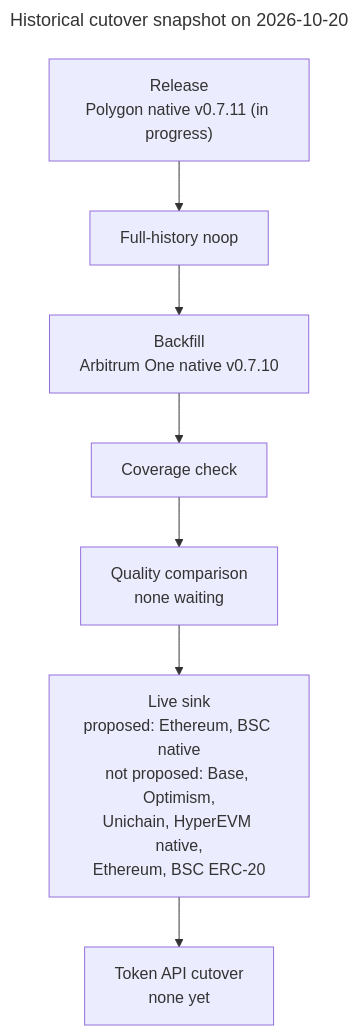
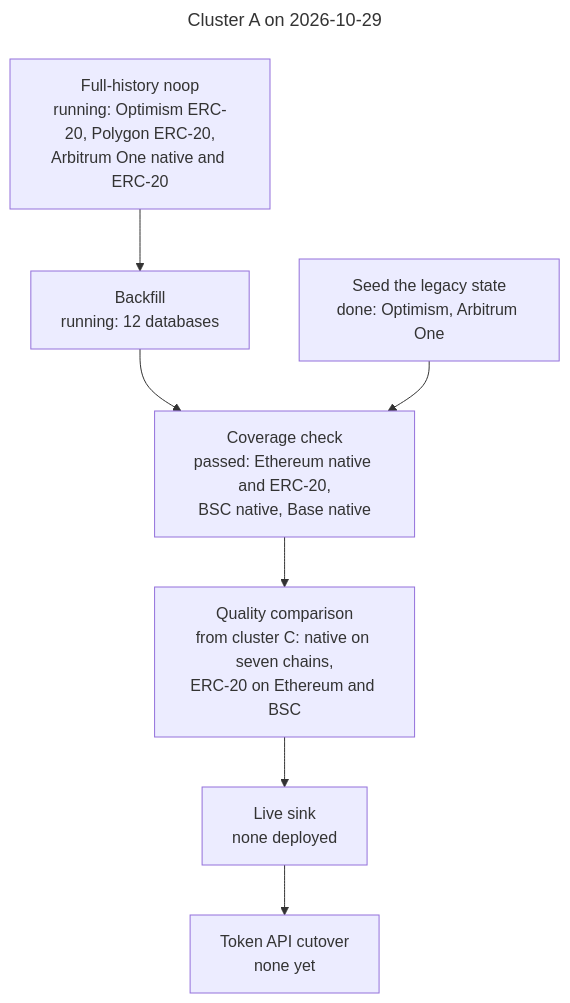
One commit to pinax-network/substreams-evm-balances changed the first of 4 diagrams in docs/deployment-status.md. Above: the diagram before and after it, drawn with Mermaid. The commit also changed other lines of this file, not shown here.

````diff
--- a/docs/deployment-status.md
+++ b/docs/deployment-status.md
@@ -121,14 +100,15 @@
 ```mermaid
 ---
-title: Historical cutover snapshot on 2026-10-20
+title: Cluster A on 2026-10-29
 ---
 flowchart TD
-  rel["Release<br/>Polygon native v0.7.11 (in progress)"]
-  noop["Full-history noop"]
-  bf["Backfill<br/>Arbitrum One native v0.7.10"]
-  cov["Coverage check"]
-  qual["Quality comparison<br/>none waiting"]
-  sink["Live sink<br/>proposed: Ethereum, BSC native<br/>not proposed: Base, Optimism,<br/>Unichain, HyperEVM native,<br/>Ethereum, BSC ERC-20"]
+  noop["Full-history noop<br/>running: Optimism ERC-20, Polygon ERC-20,<br/>Arbitrum One native and ERC-20"]
+  seed["Seed the legacy state<br/>done: Optimism, Arbitrum One"]
+  bf["Backfill<br/>running: 12 databases"]
+  cov["Coverage check<br/>passed: Ethereum native and ERC-20,<br/>BSC native, Base native"]
+  qual["Quality comparison<br/>from cluster C: native on seven chains,<br/>ERC-20 on Ethereum and BSC"]
+  sink["Live sink<br/>none deployed"]
   cut["Token API cutover<br/>none yet"]
-  rel --> noop --> bf --> cov --> qual --> sink --> cut
+  noop --> bf --> cov --> qual --> sink --> cut
+  seed --> cov
 ```
````
